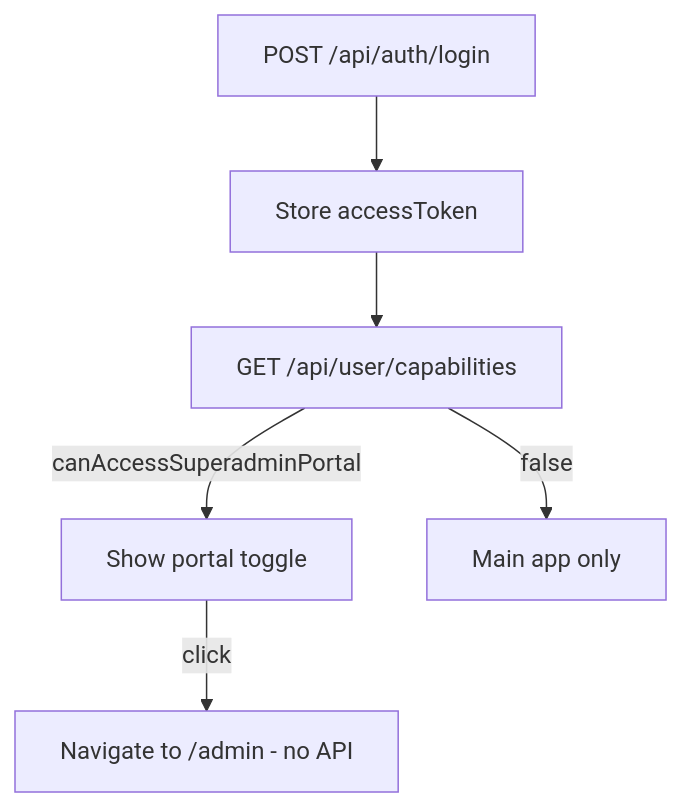
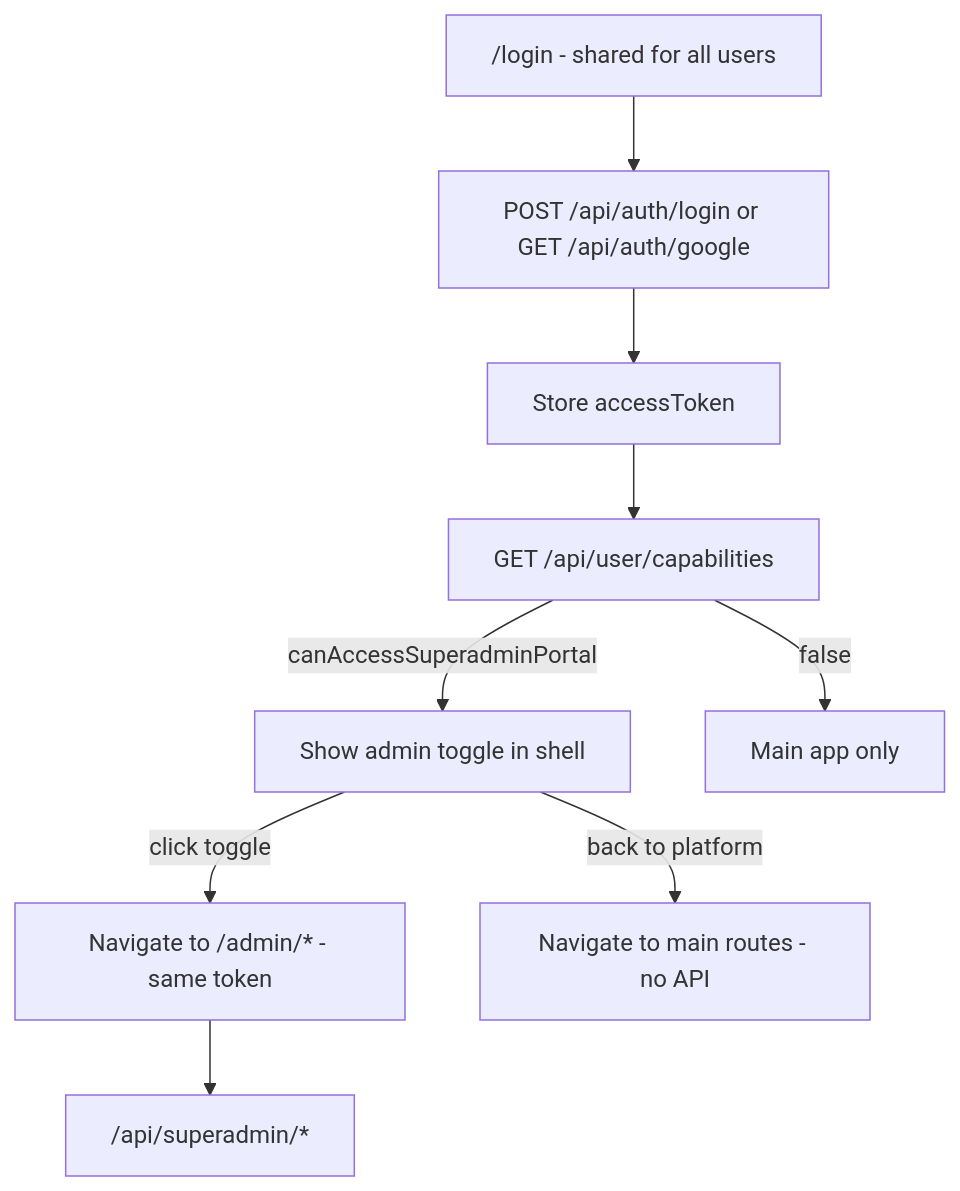
Before and after one commit to Creditor-Academy/AthenaVI_backend: the diagram in docs/SUPERADMIN_FRONTEND_INTEGRATION.md, drawn with Mermaid. The commit also changed other lines of this file and 1 other file, not shown here.

Commit message:
docs(superadmin): update superadmin portal documentation to clarify login flow and capabilities; emphasize shared login page and optional dedicated routes

````diff
--- a/docs/SUPERADMIN_FRONTEND_INTEGRATION.md
+++ b/docs/SUPERADMIN_FRONTEND_INTEGRATION.md
@@ -442,8 +397,11 @@
 ```mermaid
 flowchart TD
-  MainLogin["POST /api/auth/login"] --> StoreToken["Store accessToken"]
+  LoginPage["/login - shared for all users"] --> EmailOrGoogle["POST /api/auth/login or GET /api/auth/google"]
+  EmailOrGoogle --> StoreToken["Store accessToken"]
   StoreToken --> Capabilities["GET /api/user/capabilities"]
-  Capabilities -->|canAccessSuperadminPortal| ShowToggle["Show portal toggle"]
+  Capabilities -->|canAccessSuperadminPortal| ShowToggle["Show admin toggle in shell"]
   Capabilities -->|false| MainOnly["Main app only"]
-  ShowToggle -->|click| NavigateAdmin["Navigate to /admin - no API"]
+  ShowToggle -->|click toggle| AdminRoutes["Navigate to /admin/* - same token"]
+  AdminRoutes --> CreditAPIs["/api/superadmin/*"]
+  ShowToggle -->|back to platform| MainRoutes["Navigate to main routes - no API"]
 ```
````
